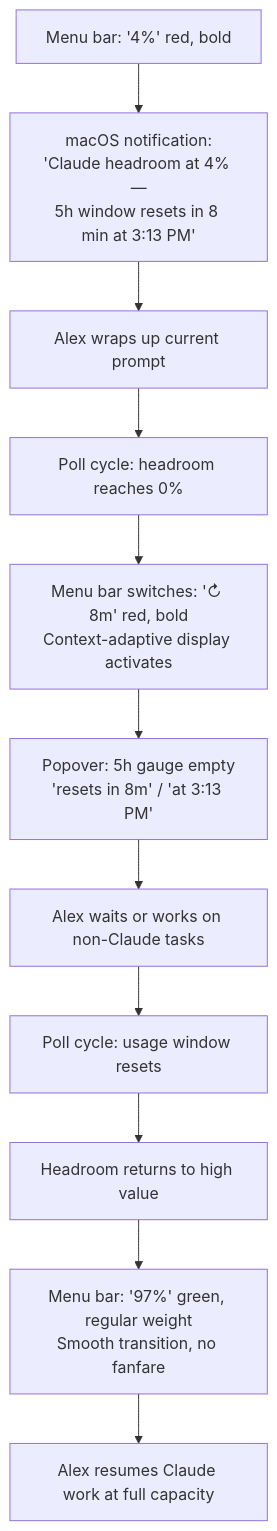
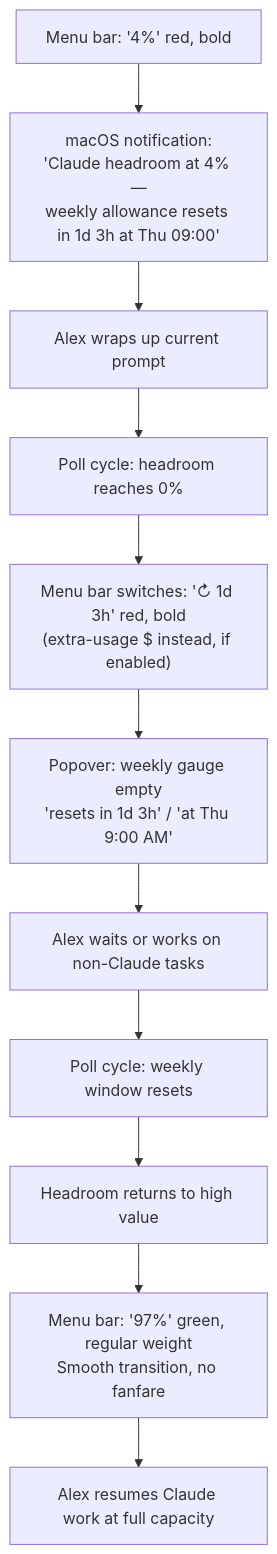
Before and after one commit to rajish/cc-hdrm: the third of 4 diagrams in _bmad-output/planning-artifacts/ux-design-specification.md, drawn with Mermaid. The commit also changed other lines of this file and 10 other files, not shown here.

````diff
--- a/_bmad-output/planning-artifacts/ux-design-specification.md
+++ b/_bmad-output/planning-artifacts/ux-design-specification.md
@@ -565,13 +568,13 @@
 ```mermaid
 flowchart TD
-    A[Menu bar: '4%' red, bold] --> B[macOS notification:\n'Claude headroom at 4% —\n5h window resets in 8 min at 3:13 PM']
+    A[Menu bar: '4%' red, bold] --> B[macOS notification:\n'Claude headroom at 4% —\nweekly allowance resets in 1d 3h at Thu 09:00']
     B --> C[Alex wraps up current prompt]
     C --> D[Poll cycle: headroom reaches 0%]
-    D --> E["Menu bar switches: '↻ 8m' red, bold\nContext-adaptive display activates"]
-    E --> F[Popover: 5h gauge empty\n'resets in 8m' / 'at 3:13 PM']
+    D --> E["Menu bar switches: '↻ 1d 3h' red, bold\n(extra-usage $ instead, if enabled)"]
+    E --> F[Popover: weekly gauge empty\n'resets in 1d 3h' / 'at Thu 9:00 AM']
     F --> G[Alex waits or works on non-Claude tasks]
-    G --> H[Poll cycle: usage window resets]
+    G --> H[Poll cycle: weekly window resets]
     H --> I[Headroom returns to high value]
     I --> J["Menu bar: '97%' green, regular weight\nSmooth transition, no fanfare"]
     J --> K[Alex resumes Claude work at full capacity]
 ```
````
